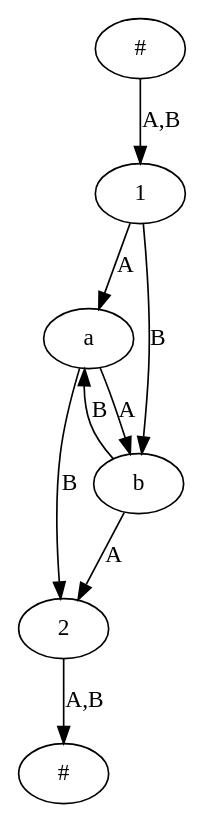
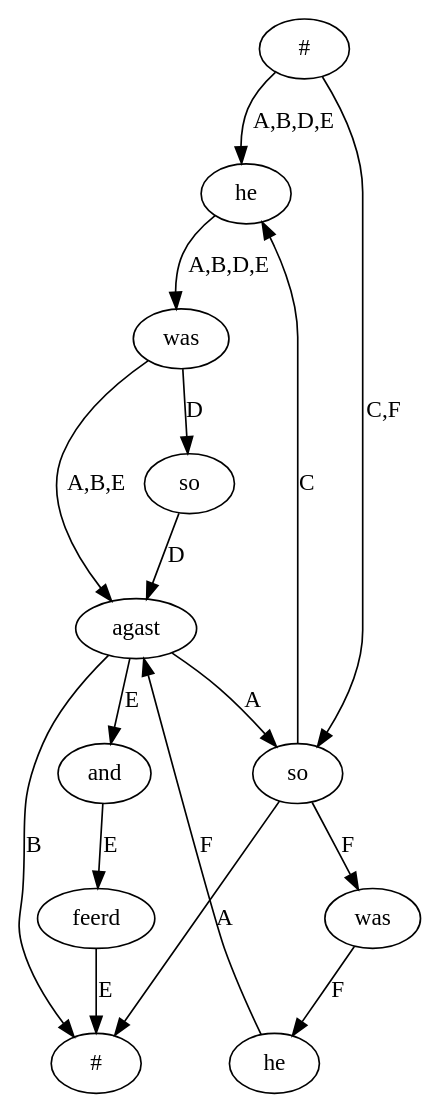
The diagram in collatex-web/src/main/ruby/input.dot (interedition/collatex), drawn with Graphviz before and after one commit. The commit also changed 2 other files, not shown here.

Commit message:
[BB] Cyclic graph

```diff
--- a/collatex-web/src/main/ruby/input.dot
+++ b/collatex-web/src/main/ruby/input.dot
@@ -1,16 +1,29 @@
 digraph G {
-  52 [label = "#"];
-  53 [label = "#"];
-  54 [label = "1"];
-  55 [label = "a"];
-  56 [label = "b"];
-  57 [label = "2"];
-  52 -> 54 [label = "A,B"];
-  54 -> 55 [label = "A"];
-  55 -> 56 [label = "A"];
-  56 -> 57 [label = "A"];
-  57 -> 53 [label = "A,B"];
-  54 -> 56 [label = "B"];
-  56 -> 55 [label = "B"];
-  55 -> 57 [label = "B"];
+  58 [label = "#"];
+  59 [label = "#"];
+  60 [label = "he"];
+  61 [label = "was"];
+  62 [label = "agast"];
+  63 [label = "so"];
+  64 [label = "and"];
+  65 [label = "feerd"];
+  66 [label = "so"];
+  67 [label = "was"];
+  68 [label = "he"];
+  58 -> 60 [label = "A,B,D,E"];
+  60 -> 61 [label = "A,B,D,E"];
+  61 -> 62 [label = "A,B,E"];
+  62 -> 63 [label = "A"];
+  63 -> 59 [label = "A"];
+  62 -> 59 [label = "B"];
+  62 -> 64 [label = "E"];
+  64 -> 65 [label = "E"];
+  65 -> 59 [label = "E"];
+  61 -> 66 [label = "D"];
+  66 -> 62 [label = "D"];
+  58 -> 63 [label = "C,F"];
+  63 -> 60 [label = "C"];
+  63 -> 67 [label = "F"];
+  67 -> 68 [label = "F"];
+  68 -> 62 [label = "F"];
 }
```
